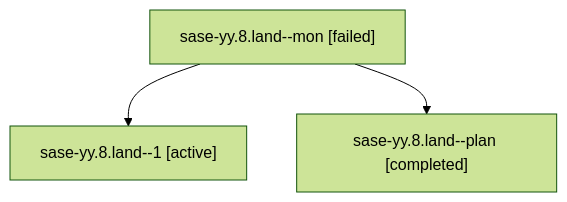
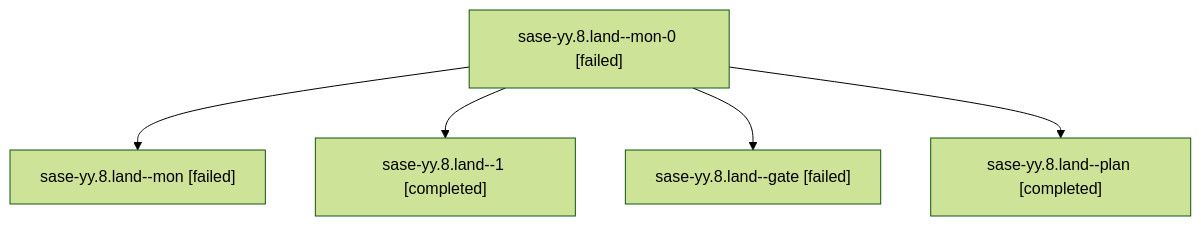
The diagram in families/bbugyi200.athena.sase-yy.8.land.md (sase-org/sase--agents), drawn with Mermaid (forest theme) before and after one commit. The commit also changed other lines of this file and 131 other files, not shown here.

````diff
--- a/families/bbugyi200.athena.sase-yy.8.land.md
+++ b/families/bbugyi200.athena.sase-yy.8.land.md
@@ -9,8 +9,12 @@
 ```mermaid
 flowchart TD
-  n0["sase-yy.8.land--mon [failed]"]
-  n1["sase-yy.8.land--1 [active]"]
+  n0["sase-yy.8.land--mon-0 [failed]"]
+  n1["sase-yy.8.land--mon [failed]"]
   n0 --> n1
-  n2["sase-yy.8.land--plan [completed]"]
+  n2["sase-yy.8.land--1 [completed]"]
   n0 --> n2
+  n3["sase-yy.8.land--gate [failed]"]
+  n0 --> n3
+  n4["sase-yy.8.land--plan [completed]"]
+  n0 --> n4
 ```
````
